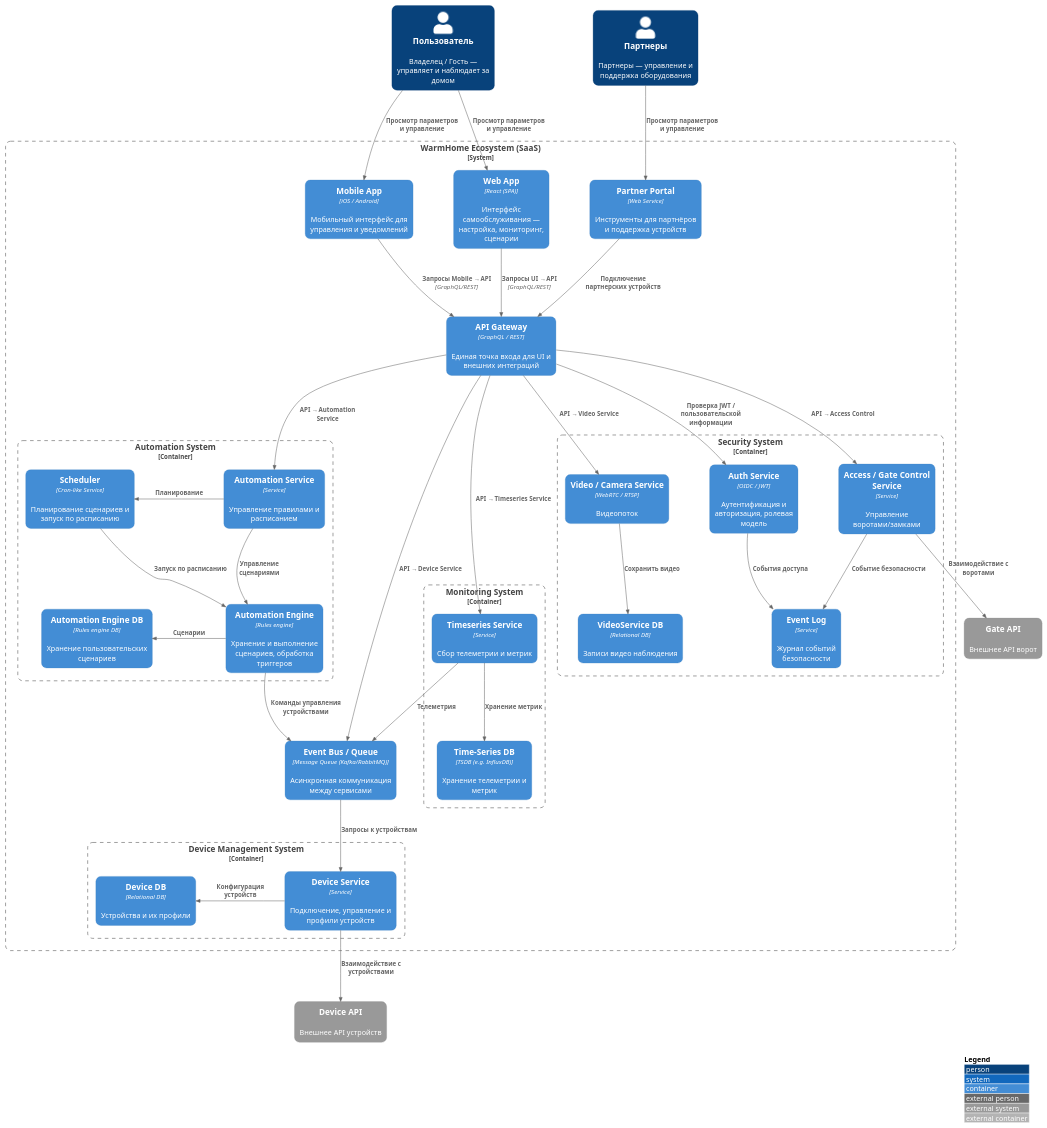
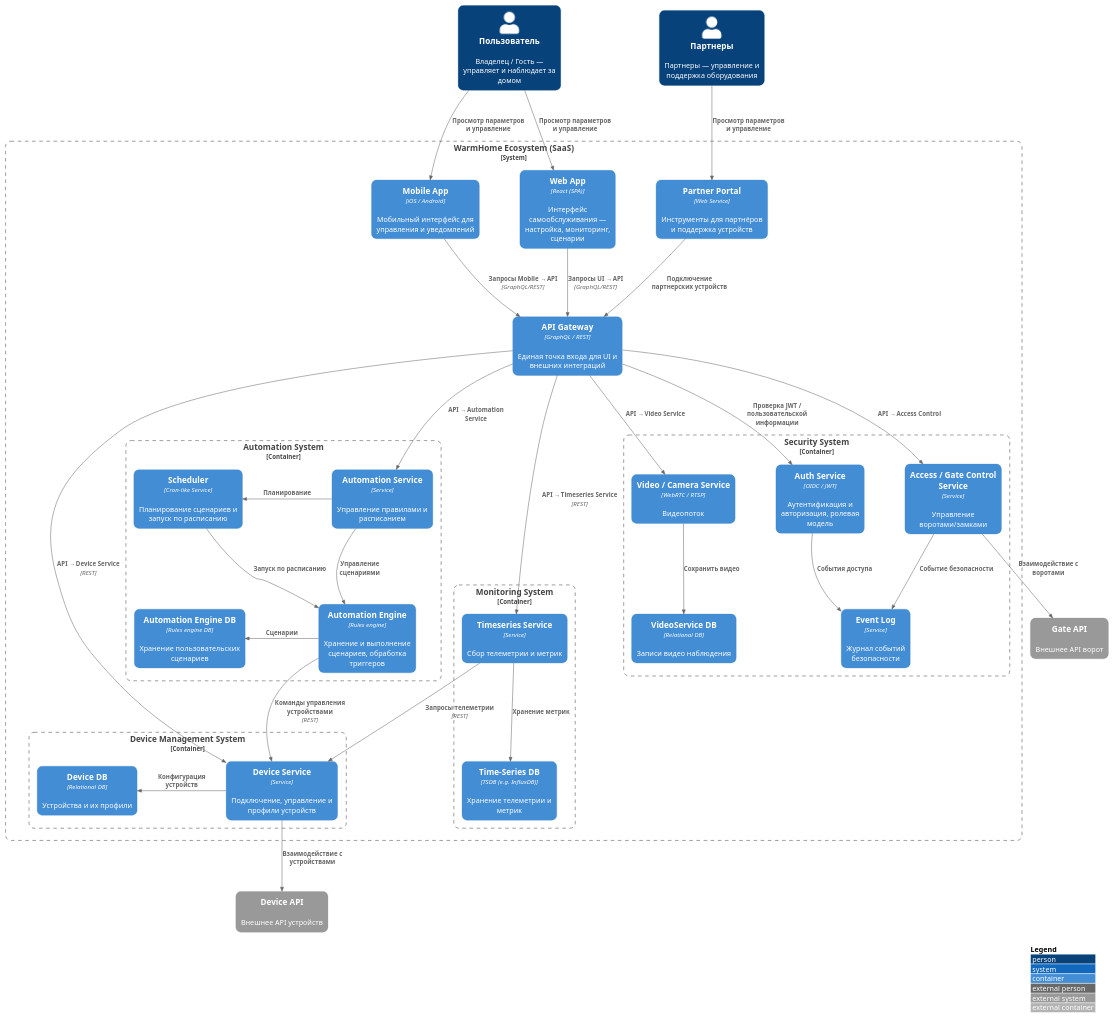
One commit to ai-rogachev/architecture-warmhouse changed the diagram in diagrams/container/WarmHome_Containers.puml. Above: the diagram before and after it, drawn with PlantUML. The commit also changed 3 other files, not shown here.

Commit message:
remove event_bus

```diff
--- a/diagrams/container/WarmHome_Containers.puml
+++ b/diagrams/container/WarmHome_Containers.puml
@@ -1,101 +1,99 @@
 @startuml WarmHome_Containers
 
 !includeurl https://raw.githubusercontent.com/plantuml-stdlib/C4-PlantUML/master/C4_Container.puml
 
 top to bottom direction
 
 ' Layout improvements
 skinparam componentStyle rectangle
 skinparam roundcorner 20
 skinparam nodesep 80
 skinparam ranksep 100
 
 
 LAYOUT_WITH_LEGEND()
 
 Person(user, "Пользователь", "Владелец / Гость — управляет и наблюдает за домом")
 Person(partners, "Партнеры", "Партнеры — управление и поддержка оборудования")
 
 System_Boundary(s1,"WarmHome Ecosystem (SaaS)") {
 
   ' =================== UI Containers ===================
   Container(web_app, "Web App", "React (SPA)", "Интерфейс самообслуживания — настройка, мониторинг, сценарии")
   Container(mobile_app, "Mobile App", "iOS / Android", "Мобильный интерфейс для управления и уведомлений")
 
   ' =================== Monitoring Domain ===================
   Container_Boundary(monitoring, "Monitoring System") {
       Container(timeseries, "Timeseries Service", "Service", "Сбор телеметрии и метрик")
       Container(timeseries_db, "Time-Series DB", "TSDB (e.g. InfluxDB)", "Хранение телеметрии и метрик")
   }
 
   ' =================== Device Management Domain ===================
   Container_Boundary(devices, "Device Management System") {
       Container(device, "Device Service", "Service", "Подключение, управление и профили устройств")
       Container(device_db, "Device DB", "Relational DB", "Устройства и их профили")
   }
 
   ' =================== Automation Domain ===================
   Container_Boundary(automations, "Automation System") {
       Container(automation, "Automation Service", "Service", "Управление правилами и расписанием")
       Container(automation_engine, "Automation Engine", "Rules engine", "Хранение и выполнение сценариев, обработка триггеров")
       Container(automation_engine_db, "Automation Engine DB", "Rules engine DB", "Хранение пользовательских сценариев")
       Container(scheduler, "Scheduler", "Cron-like Service", "Планирование сценариев и запуск по расписанию")
   }
 
   ' =================== Security Domain ===================
   Container_Boundary(security, "Security System") {
       Container(video_service, "Video / Camera Service", "WebRTC / RTSP", "Видеопоток")
       Container(video_service_db, "VideoService DB", "Relational DB", "Записи видео наблюдения")
       Container(access_control, "Access / Gate Control Service", "Service", "Управление воротами/замками")
       Container(event_log_db, "Event Log", "Service", "Журнал событий безопасности")
       Container(auth_svc, "Auth Service", "OIDC / JWT", "Аутентификация и авторизация, ролевая модель")
   }
 
   ' =================== Service Containers ===================
   Container(api_gateway, "API Gateway", "GraphQL / REST", "Единая точка входа для UI и внешних интеграций")
   Container(partner_portal, "Partner Portal", "Web Service", "Инструменты для партнёров и поддержка устройств")
-  Container(event_bus, "Event Bus / Queue", "Message Queue (Kafka/RabbitMQ)", "Асинхронная коммуникация между сервисами")
 }
 System_Ext(device_api, "Device API", "Внешнее API устройств")
 System_Ext(gate_api, "Gate API", "Внешнее API ворот")
 
 ' =================== Внешние связи ===================
 Rel(user, web_app, "Просмотр параметров и управление")
 Rel(user, mobile_app, "Просмотр параметров и управление")
 Rel(partners, partner_portal, "Просмотр параметров и управление")
 
 Rel(web_app, api_gateway, "Запросы UI → API", "GraphQL/REST")
 Rel(mobile_app, api_gateway, "Запросы Mobile → API", "GraphQL/REST")
 
 Rel_D(api_gateway, auth_svc, "Проверка JWT / пользовательской информации")
 Rel_D(api_gateway, access_control, "API → Access Control")
 Rel(api_gateway, automation, "API → Automation Service")
 Rel_D(api_gateway, video_service, "API → Video Service")
-Rel_D(api_gateway, timeseries, "API → Timeseries Service")
 
 Rel(partner_portal, api_gateway, "Подключение партнерских устройств")
 
-' =================== Event Bus Communications ===================
-Rel(api_gateway, event_bus, "API → Device Service")
-Rel(automation_engine, event_bus, "Команды управления устройствами")
-Rel(event_bus, device, "Запросы к устройствам")
-Rel(timeseries, event_bus, "Телеметрия")
+' =================== Direct Service Communications ===================
+Rel(api_gateway, device, "API → Device Service", "REST")
+Rel(automation_engine, device, "Команды управления устройствами", "REST")
+Rel(api_gateway, timeseries, "API → Timeseries Service", "REST")
+Rel(timeseries, device, "Запросы телеметрии", "REST")
 
 ' =================== Database Connections ===================
 Rel(timeseries, timeseries_db, "Хранение метрик")
 Rel_L(device, device_db, "Конфигурация устройств")
 Rel(auth_svc, event_log_db, "События доступа")
 Rel(access_control, event_log_db, "Событие безопасности")
 Rel_L(automation_engine, automation_engine_db, "Сценарии")
 Rel(video_service, video_service_db, "Сохранить видео")
 
 ' =================== External Systems ===================
 Rel(device, device_api, "Взаимодействие с устройствами")
 Rel_D(access_control, gate_api, "Взаимодействие с воротами")
 
 ' =================== Internal Domain Logic ===================
 Rel(automation, automation_engine, "Управление сценариями")
 Rel_L(automation, scheduler, "Планирование")
 Rel(scheduler, automation_engine, "Запуск по расписанию")
 
 @enduml
```
